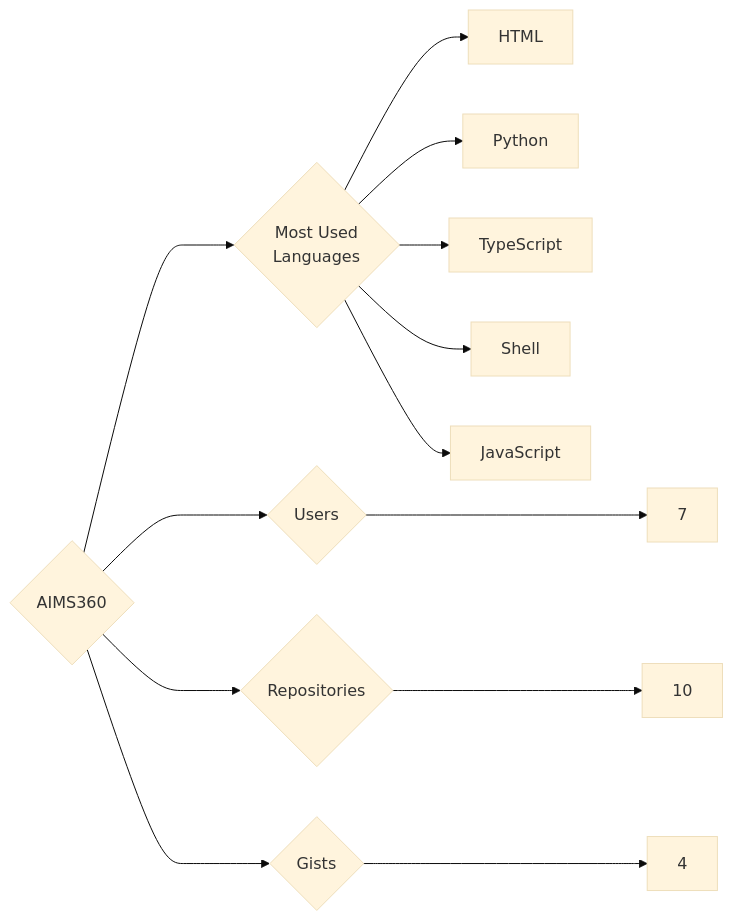
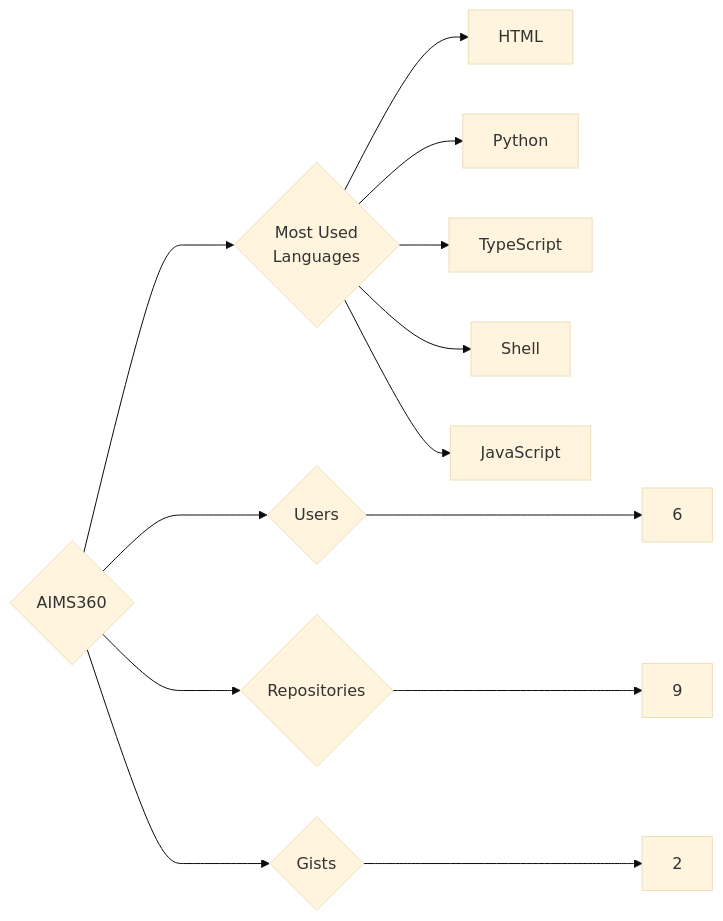
The diagram in targets/AIMS360/README.md (trickest/insiders), drawn with Mermaid (base theme) before and after one commit. The commit also changed 1078 other files, not shown here.

````diff
--- a/targets/AIMS360/README.md
+++ b/targets/AIMS360/README.md
@@ -3,13 +3,13 @@
 ```mermaid
 graph LR
 COMPANY_NAME{AIMS360}
-COMPANY_NAME ---> U{Users} ---> UN[7]
-COMPANY_NAME ---> R{Repositories} ---> RN[10]
-COMPANY_NAME ---> G{Gists} ---> GN[4]
+COMPANY_NAME ---> U{Users} ---> UN[6]
+COMPANY_NAME ---> R{Repositories} ---> RN[9]
+COMPANY_NAME ---> G{Gists} ---> GN[2]
 COMPANY_NAME ---> ML{Most Used<br>Languages}
 ML --> HTML[HTML]
 ML --> Python[Python]
 ML --> TypeScript[TypeScript]
 ML --> Shell[Shell]
 ML --> JavaScript[JavaScript]
 ```
````
